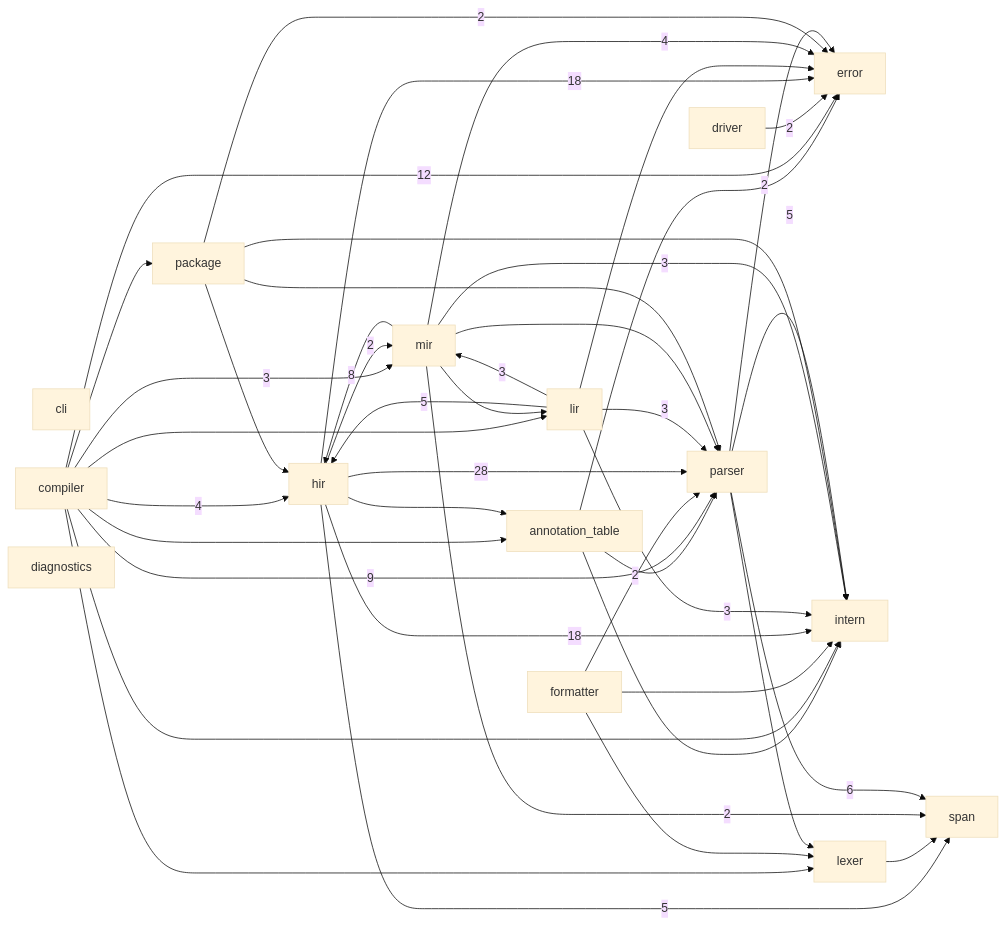
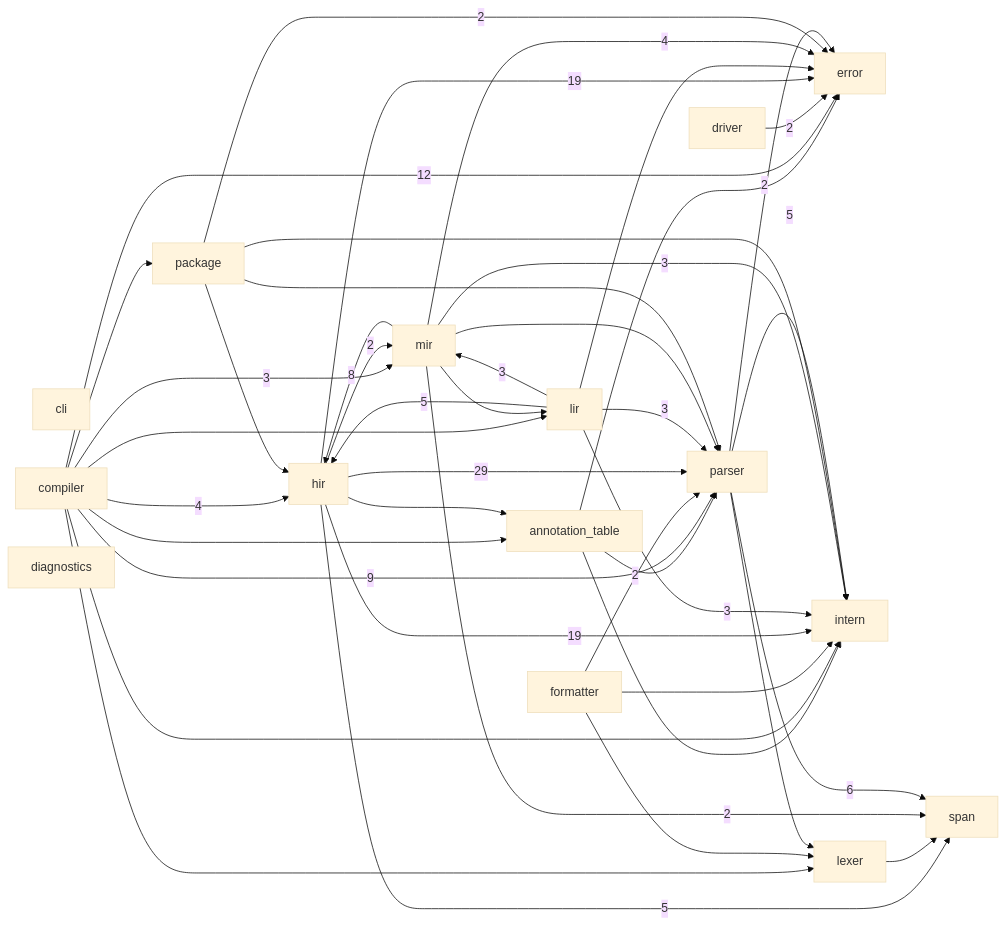
One commit to ayanami1ei/Ayanami-language changed the diagram in docs/module-graph.md. Above: the diagram before and after it, drawn with Mermaid (base theme). The commit also changed other lines of this file and 10 other files, not shown here.

````diff
--- a/docs/module-graph.md
+++ b/docs/module-graph.md
@@ -6,60 +6,60 @@
 ```mermaid
 graph LR
     annotation_table
     cli
     compiler
     diagnostics
     driver
     error
     formatter
     hir
     intern
     lexer
     lir
     mir
     package
     parser
     span
     annotation_table --> error
     annotation_table --> intern
     annotation_table --> parser
     compiler --> annotation_table
     compiler -->|12| error
     compiler -->|4| hir
     compiler --> intern
     compiler --> lexer
     compiler --> lir
     compiler -->|3| mir
     compiler --> package
     compiler -->|9| parser
     driver -->|2| error
     formatter --> intern
     formatter --> lexer
     formatter -->|2| parser
     hir --> annotation_table
-    hir -->|18| error
-    hir -->|18| intern
+    hir -->|19| error
+    hir -->|19| intern
     hir -->|2| mir
-    hir -->|28| parser
+    hir -->|29| parser
     hir -->|5| span
     lexer --> span
     lir --> error
     lir -->|5| hir
     lir -->|3| intern
     lir -->|3| mir
     lir -->|3| parser
     mir -->|4| error
     mir -->|8| hir
     mir -->|3| intern
     mir --> lir
     mir --> parser
     mir -->|2| span
     package -->|2| error
     package --> hir
     package --> intern
     package --> parser
     parser -->|2| error
     parser -->|5| intern
     parser --> lexer
     parser -->|6| span
 ```
````
